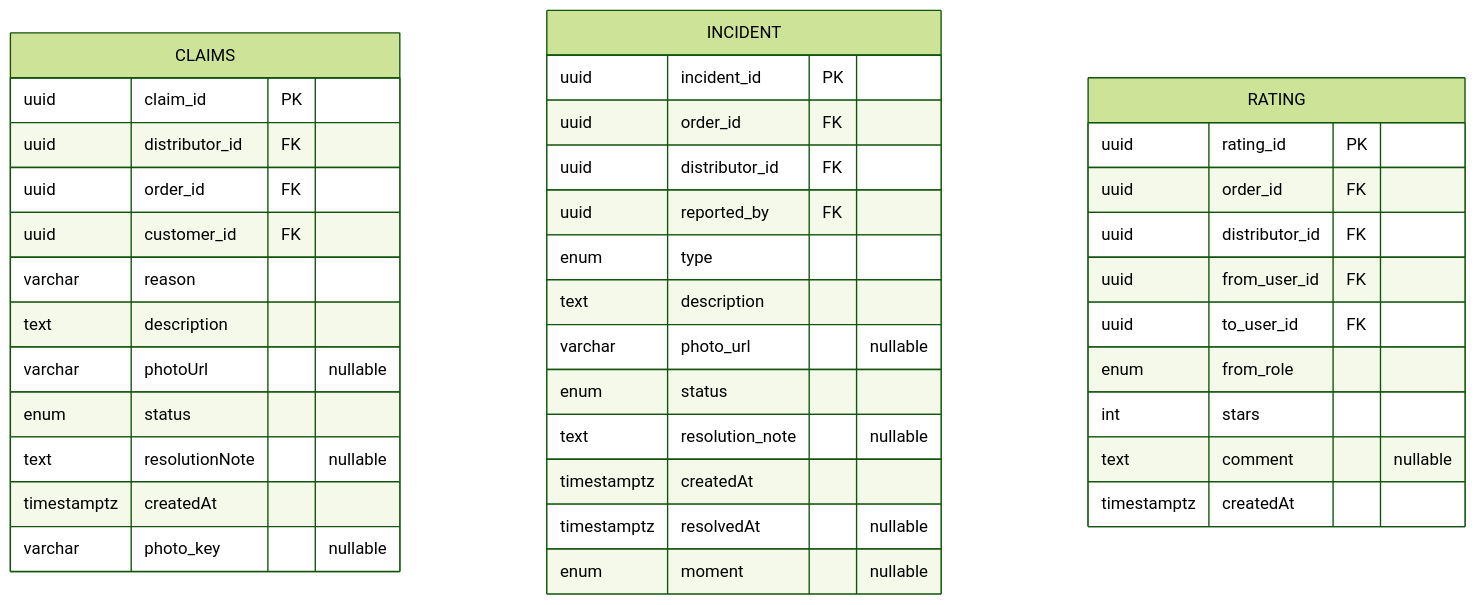
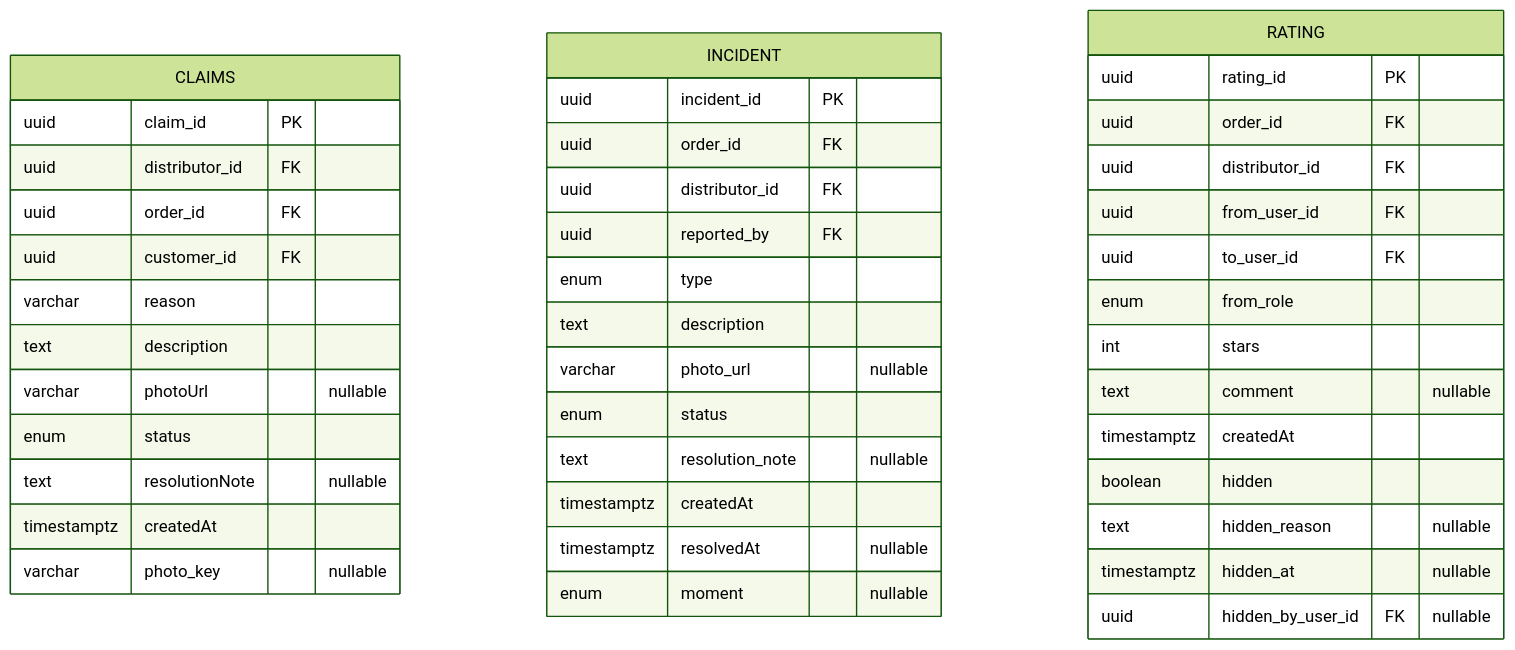
Before and after one commit to Nahuelito-Dev/splg-docs: the eighth of 15 diagrams in diagramas/base-de-datos/SPLG-der-mermaid.md, drawn with Mermaid (forest theme). The commit also changed other lines of this file and 1851 other files, not shown here.

First line of the commit message:
docs: documentación completa en notación UML, un caso de uso por operación y modelo de datos al día

````diff
--- a/diagramas/base-de-datos/SPLG-der-mermaid.md
+++ b/diagramas/base-de-datos/SPLG-der-mermaid.md
@@ -541,42 +569,46 @@
 ```mermaid
 erDiagram
 
     CLAIMS {
         uuid claim_id PK
         uuid distributor_id FK
         uuid order_id FK
         uuid customer_id FK
         varchar reason
         text description
         varchar photoUrl "nullable"
         enum status
         text resolutionNote "nullable"
         timestamptz createdAt
         varchar photo_key "nullable"
     }
     INCIDENT {
         uuid incident_id PK
         uuid order_id FK
         uuid distributor_id FK
         uuid reported_by FK
         enum type
         text description
         varchar photo_url "nullable"
         enum status
         text resolution_note "nullable"
         timestamptz createdAt
         timestamptz resolvedAt "nullable"
         enum moment "nullable"
     }
     RATING {
         uuid rating_id PK
         uuid order_id FK
         uuid distributor_id FK
         uuid from_user_id FK
         uuid to_user_id FK
         enum from_role
         int stars
         text comment "nullable"
         timestamptz createdAt
+        boolean hidden
+        text hidden_reason "nullable"
+        timestamptz hidden_at "nullable"
+        uuid hidden_by_user_id FK "nullable"
     }
 ```
````
